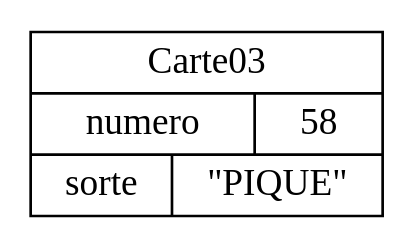
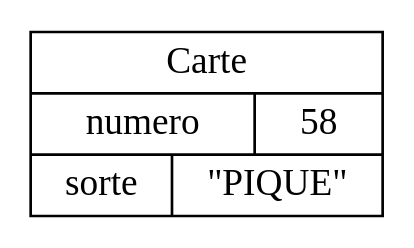
Before and after one commit to cartesjava/cartesjava.github.io: the diagram in docs/modelisation/objets/Carte03.dot, drawn with Graphviz. The commit also changed 222 other files, not shown here.

```diff
--- a/docs/modelisation/objets/Carte03.dot
+++ b/docs/modelisation/objets/Carte03.dot
@@ -1,4 +1,4 @@
-digraph "Carte03" {
+digraph "Carte" {
 graph ["rankdir"="LR","compound"="true","ranksep"="1.0","nodesep"="1.0"]
-"/" ["label"="<_C>Carte03|{numero|58}|{sorte|\"PIQUE\"}","style"="filled","fillcolor"="white","shape"="record"]
+"/" ["label"="<_C>Carte|{numero|58}|{sorte|\"PIQUE\"}","style"="filled","fillcolor"="white","shape"="record"]
 }
```
